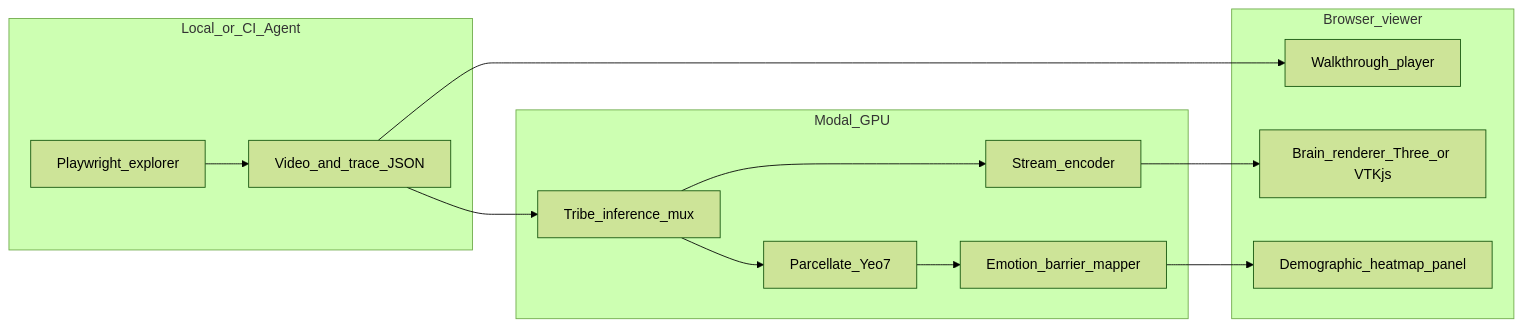
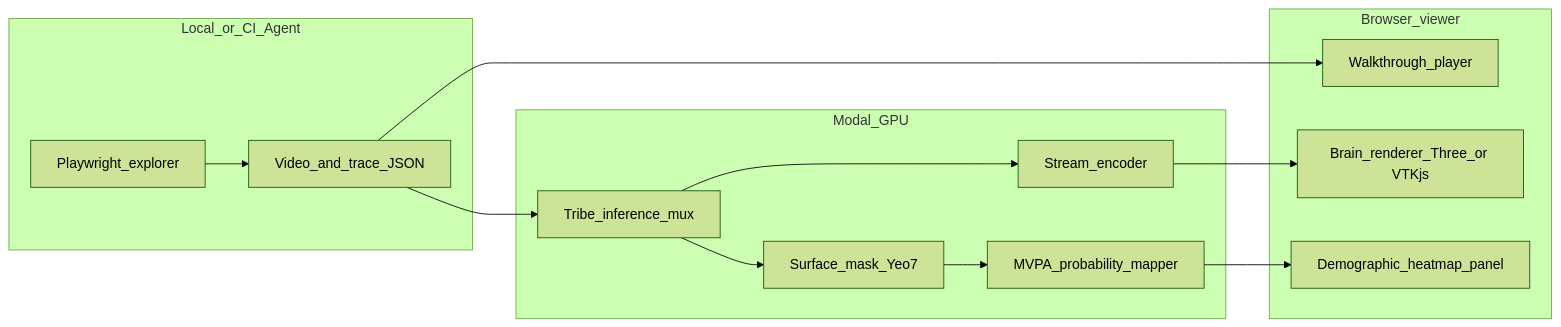
The first of 2 diagrams in NEURAL_UX_SCOUT_IMPLEMENTATION_PLAN.md (hnaracodes/Salience), drawn with Mermaid (forest theme) before and after one commit. The commit also changed other lines of this file and 4 other files, not shown here.

````diff
--- a/NEURAL_UX_SCOUT_IMPLEMENTATION_PLAN.md
+++ b/NEURAL_UX_SCOUT_IMPLEMENTATION_PLAN.md
@@ -39,26 +39,26 @@
 ```mermaid
 flowchart LR
   subgraph local [Local_or_CI_Agent]
     PW[Playwright_explorer]
     REC[Video_and_trace_JSON]
   end
   subgraph modal [Modal_GPU]
     INF[Tribe_inference_mux]
-    PAR[Parcellate_Yeo7]
-    MAP[Emotion_barrier_mapper]
+    MASK[Surface_mask_Yeo7]
+    MVPA[MVPA_probability_mapper]
     STR[Stream_encoder]
   end
   subgraph web [Browser_viewer]
     VID[Walkthrough_player]
     BR[Brain_renderer_Three_or VTKjs]
     DEMO[Demographic_heatmap_panel]
   end
   PW --> REC
   REC --> INF
-  INF --> PAR
-  PAR --> MAP
+  INF --> MASK
+  MASK --> MVPA
   INF --> STR
   STR --> BR
   REC --> VID
-  MAP --> DEMO
+  MVPA --> DEMO
 ```
````
